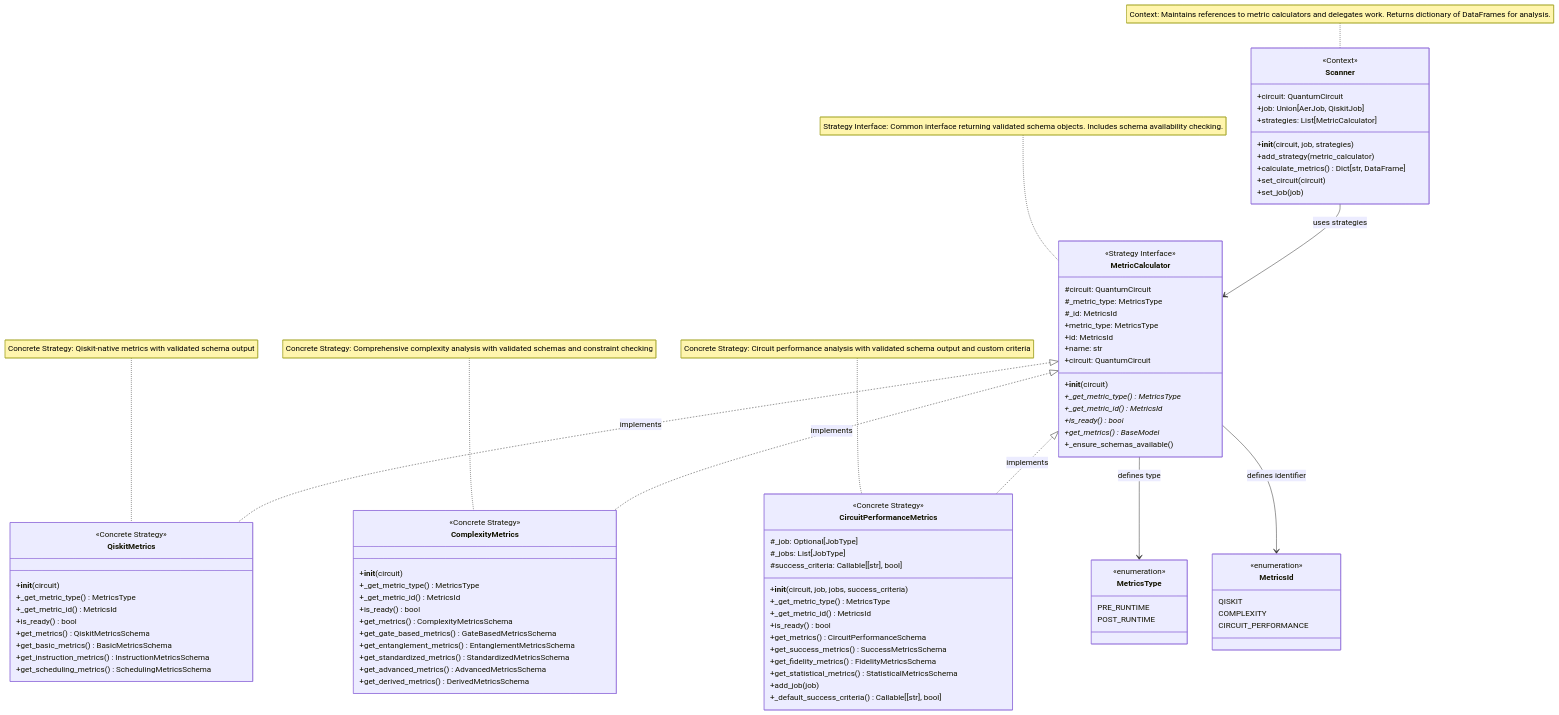
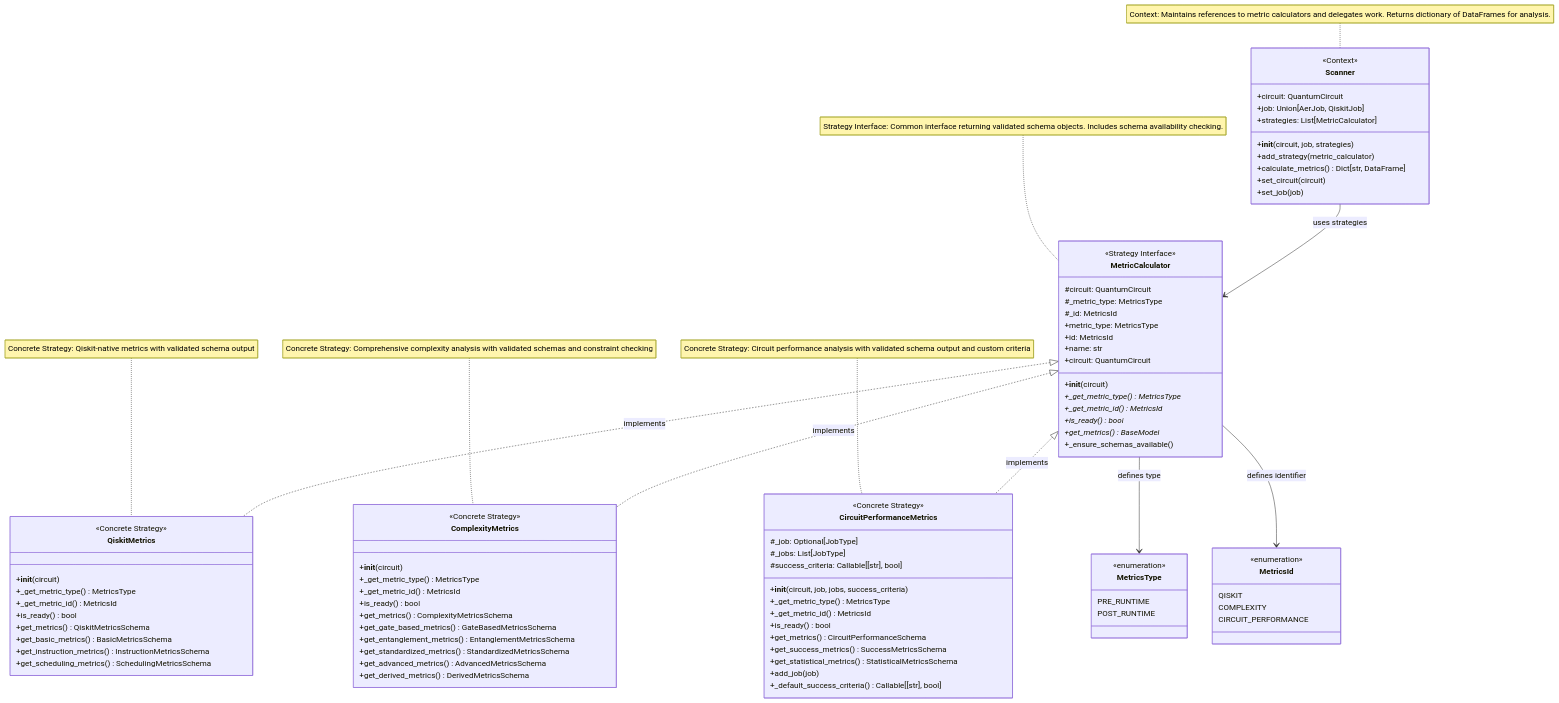
The third of 4 diagrams in docs/architecture.md (xthecapx/qiskit-qward), drawn with Mermaid before and after one commit. The commit also changed other lines of this file and 23 other files, not shown here.

First line of the commit message:
Remove fidelity metrics from CircuitPerformanceMetrics and related visualizations

```diff
--- a/docs/architecture.md
+++ b/docs/architecture.md
@@ -222,7 +221,6 @@
         +is_ready() bool
         +get_metrics() CircuitPerformanceSchema
         +get_success_metrics() SuccessMetricsSchema
-        +get_fidelity_metrics() FidelityMetricsSchema
         +get_statistical_metrics() StatisticalMetricsSchema
         +add_job(job)
         +_default_success_criteria() Callable[[str], bool]
```
